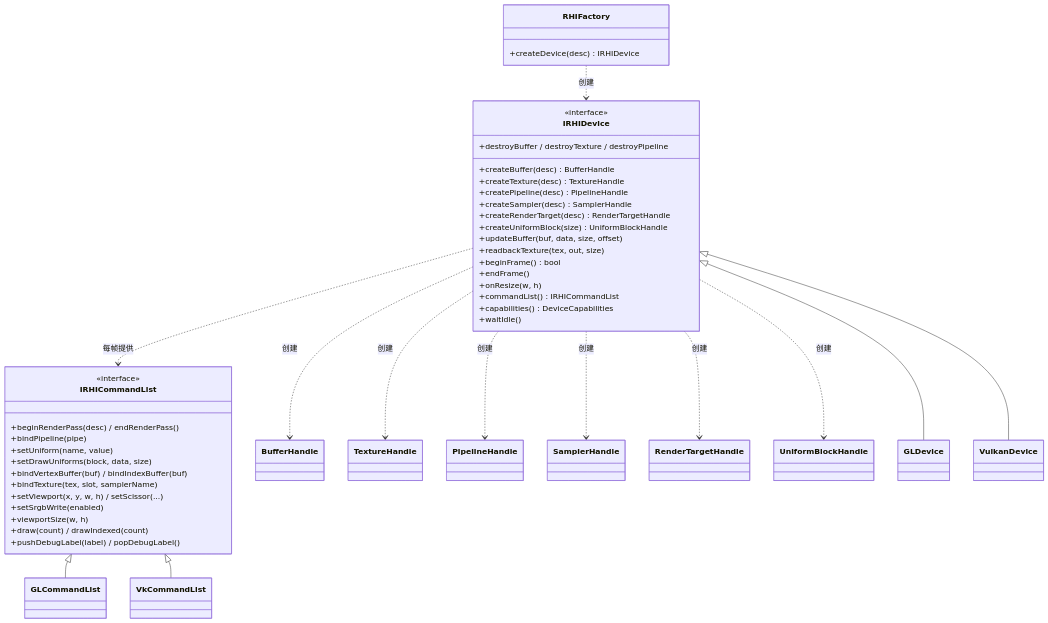
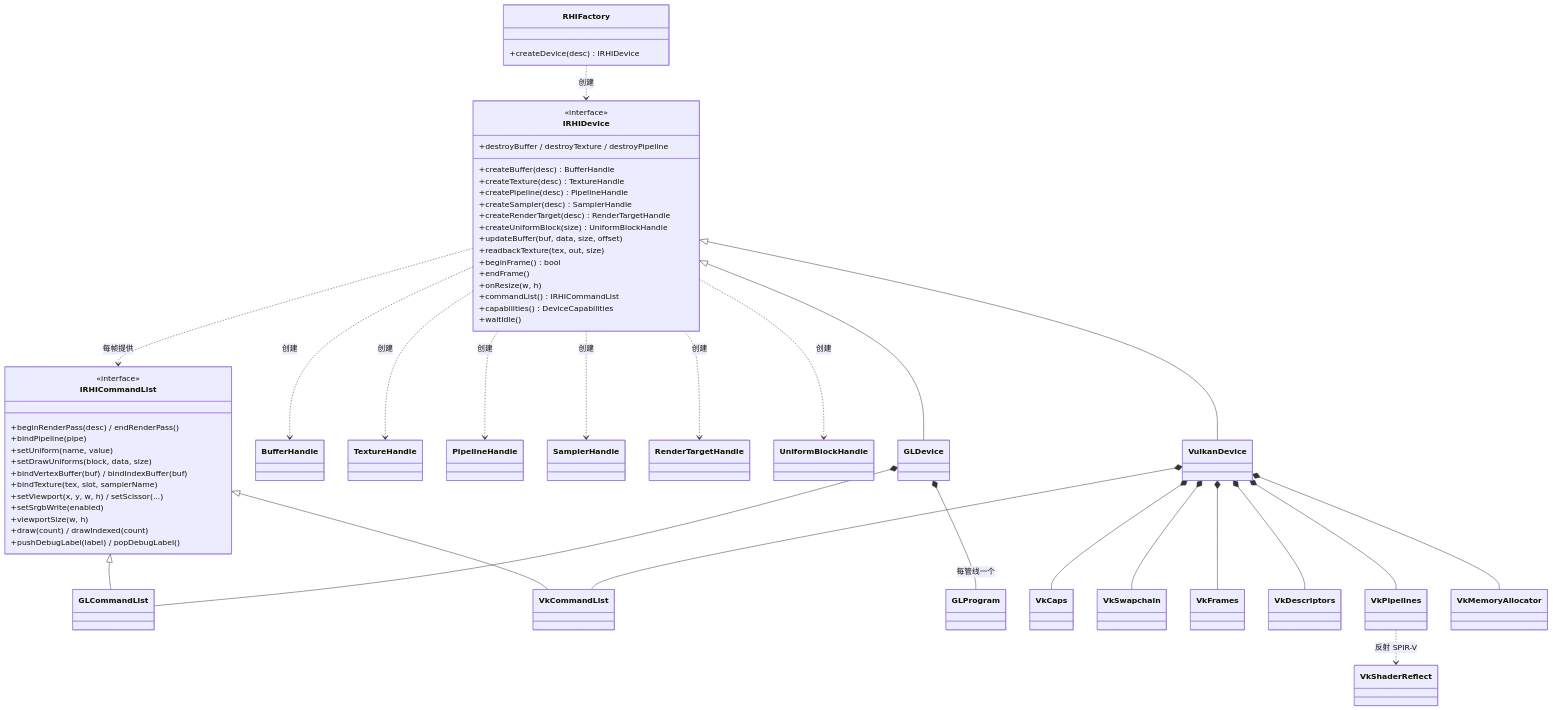
Before and after one commit to tangzheheshui/cmake_opengl_glfw_imgui: the first of 7 diagrams in docs/2-类设计与时序图.md, drawn with Mermaid. The commit also changed other lines of this file and 23 other files, not shown here.

````diff
--- a/docs/2-类设计与时序图.md
+++ b/docs/2-类设计与时序图.md
@@ -7,61 +7,81 @@
 ```mermaid
 classDiagram
     class IRHIDevice {
         <<interface>>
         +createBuffer(desc) BufferHandle
         +createTexture(desc) TextureHandle
         +createPipeline(desc) PipelineHandle
         +createSampler(desc) SamplerHandle
         +createRenderTarget(desc) RenderTargetHandle
         +createUniformBlock(size) UniformBlockHandle
         +updateBuffer(buf, data, size, offset)
         +readbackTexture(tex, out, size)
         +destroyBuffer / destroyTexture / destroyPipeline
         +beginFrame() bool
         +endFrame()
         +onResize(w, h)
         +commandList() IRHICommandList
         +capabilities() DeviceCapabilities
         +waitIdle()
     }
     class IRHICommandList {
         <<interface>>
         +beginRenderPass(desc) / endRenderPass()
         +bindPipeline(pipe)
         +setUniform(name, value)
         +setDrawUniforms(block, data, size)
         +bindVertexBuffer(buf) / bindIndexBuffer(buf)
         +bindTexture(tex, slot, samplerName)
         +setViewport(x, y, w, h) / setScissor(...)
         +setSrgbWrite(enabled)
         +viewportSize(w, h)
         +draw(count) / drawIndexed(count)
         +pushDebugLabel(label) / popDebugLabel()
     }
     class RHIFactory {
         +createDevice(desc) IRHIDevice
     }
     class BufferHandle
     class TextureHandle
     class PipelineHandle
     class SamplerHandle
     class RenderTargetHandle
     class UniformBlockHandle
     class GLDevice
     class GLCommandList
     class VulkanDevice
     class VkCommandList
+    class GLProgram
+    class VkCaps
+    class VkSwapchain
+    class VkFrames
+    class VkDescriptors
+    class VkPipelines
+    class VkShaderReflect
+    class VkMemoryAllocator
 
     IRHIDevice <|-- GLDevice
     IRHIDevice <|-- VulkanDevice
     IRHICommandList <|-- GLCommandList
     IRHICommandList <|-- VkCommandList
     RHIFactory ..> IRHIDevice : 创建
     IRHIDevice ..> IRHICommandList : 每帧提供
     IRHIDevice ..> BufferHandle : 创建
     IRHIDevice ..> TextureHandle : 创建
     IRHIDevice ..> PipelineHandle : 创建
     IRHIDevice ..> SamplerHandle : 创建
     IRHIDevice ..> RenderTargetHandle : 创建
     IRHIDevice ..> UniformBlockHandle : 创建
+
+    %% ---- 后端内部组成（业务层看不到；Vulkan 九个模块 / GL 三个类）----
+    VulkanDevice *-- VkSwapchain
+    VulkanDevice *-- VkFrames
+    VulkanDevice *-- VkDescriptors
+    VulkanDevice *-- VkPipelines
+    VulkanDevice *-- VkMemoryAllocator
+    VulkanDevice *-- VkCaps
+    VulkanDevice *-- VkCommandList
+    VkPipelines ..> VkShaderReflect : 反射 SPIR-V
+    GLDevice *-- GLCommandList
+    GLDevice *-- GLProgram : 每管线一个
 ```
````
